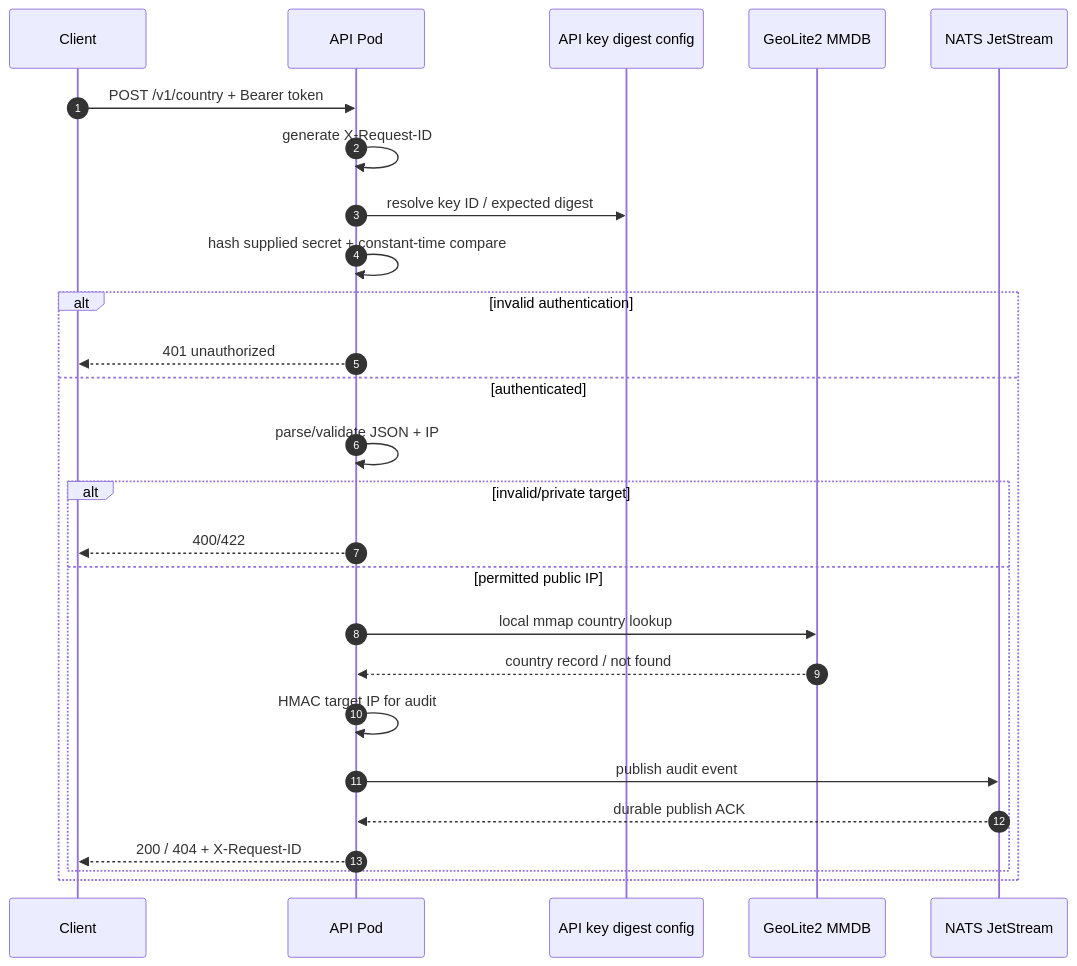
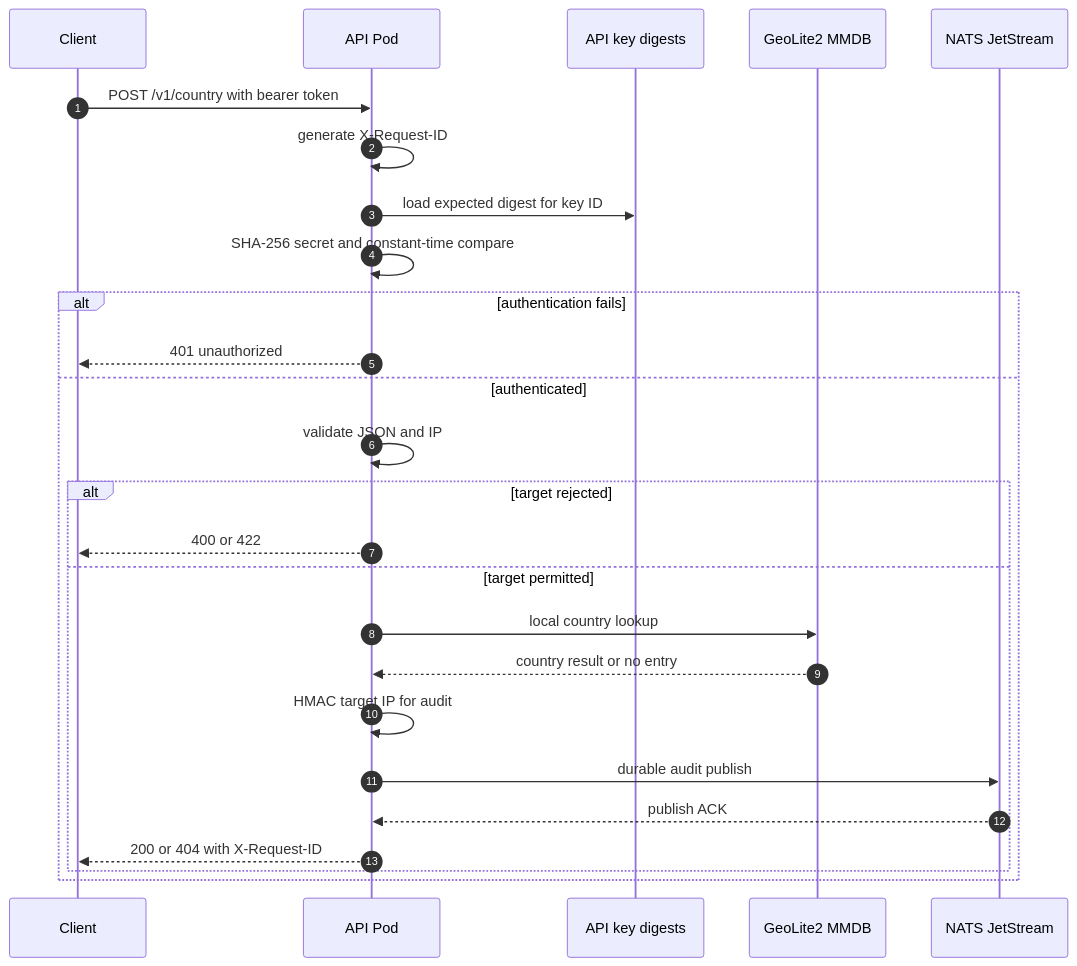
Before and after one commit to Jstarzz/geotagger: the fifth of 21 diagrams in docs/ARCHITECTURE.md, drawn with Mermaid. The commit also changed other lines of this file, not shown here.

Commit message:
docs: replace architecture diagrams with GitHub-safe Mermaid

````diff
--- a/docs/ARCHITECTURE.md
+++ b/docs/ARCHITECTURE.md
@@ -186,29 +115,28 @@
 ```mermaid
 sequenceDiagram
     autonumber
     participant C as Client
     participant A as API Pod
-    participant K as API key digest config
+    participant K as API key digests
     participant M as GeoLite2 MMDB
     participant N as NATS JetStream
-
-    C->>A: POST /v1/country + Bearer token
+    C->>A: POST /v1/country with bearer token
     A->>A: generate X-Request-ID
-    A->>K: resolve key ID / expected digest
-    A->>A: hash supplied secret + constant-time compare
-    alt invalid authentication
+    A->>K: load expected digest for key ID
+    A->>A: SHA-256 secret and constant-time compare
+    alt authentication fails
         A-->>C: 401 unauthorized
     else authenticated
-        A->>A: parse/validate JSON + IP
-        alt invalid/private target
-            A-->>C: 400/422
-        else permitted public IP
-            A->>M: local mmap country lookup
-            M-->>A: country record / not found
+        A->>A: validate JSON and IP
+        alt target rejected
+            A-->>C: 400 or 422
+        else target permitted
+            A->>M: local country lookup
+            M-->>A: country result or no entry
             A->>A: HMAC target IP for audit
-            A->>N: publish audit event
-            N-->>A: durable publish ACK
-            A-->>C: 200 / 404 + X-Request-ID
+            A->>N: durable audit publish
+            N-->>A: publish ACK
+            A-->>C: 200 or 404 with X-Request-ID
         end
     end
 ```
````
